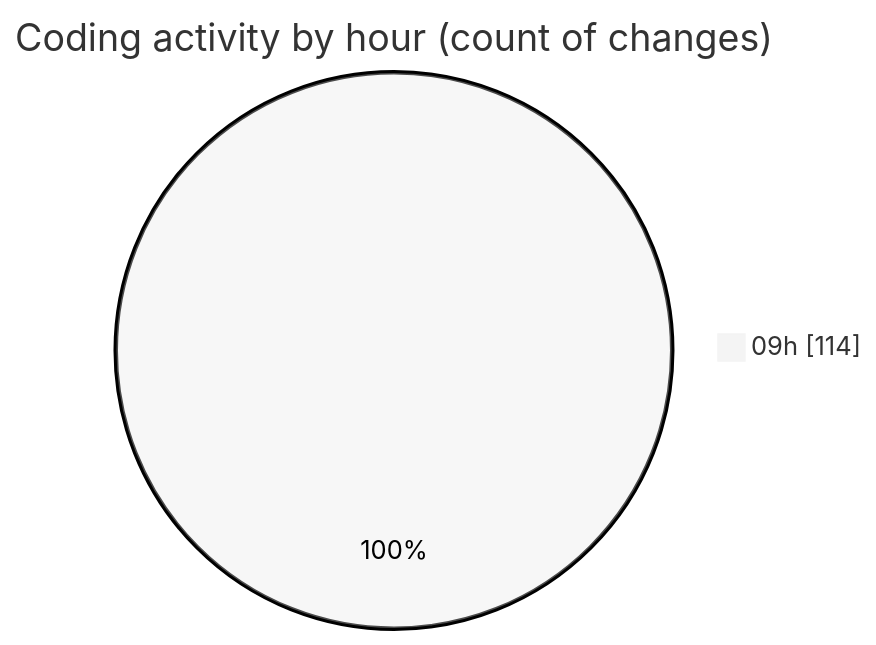
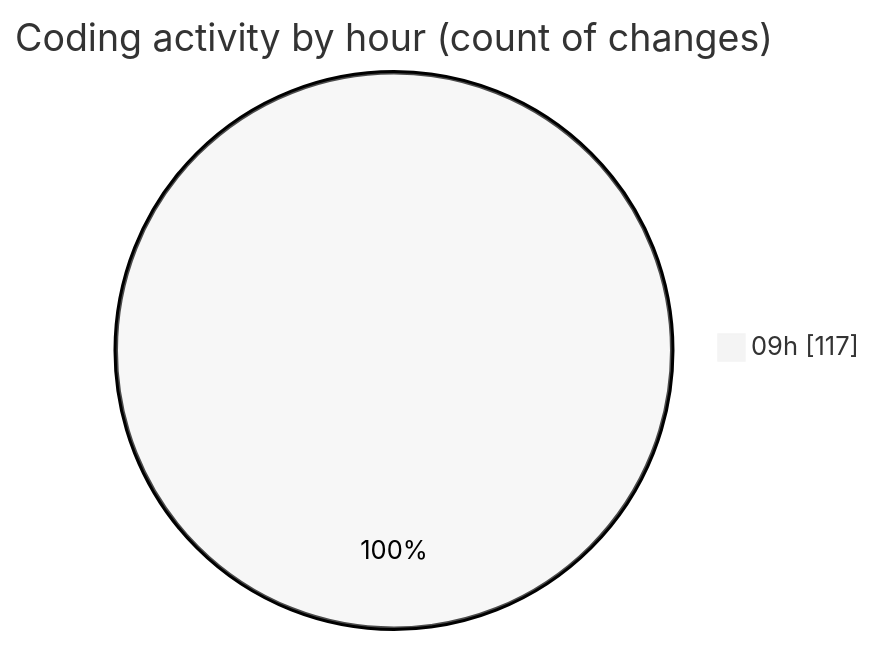
Before and after one commit to momahboobian/code-tracking: the second of 2 diagrams in 2026-09-16/cda/README.md, drawn with Mermaid (neutral theme). The commit also changed other lines of this file and 1 other file, not shown here.

````diff
--- a/2026-09-16/cda/README.md
+++ b/2026-09-16/cda/README.md
@@ -59,5 +59,5 @@
 ```mermaid
 pie showData
 title Coding activity by hour (count of changes)
-"09h" : 114
+"09h" : 117
 ```
````
